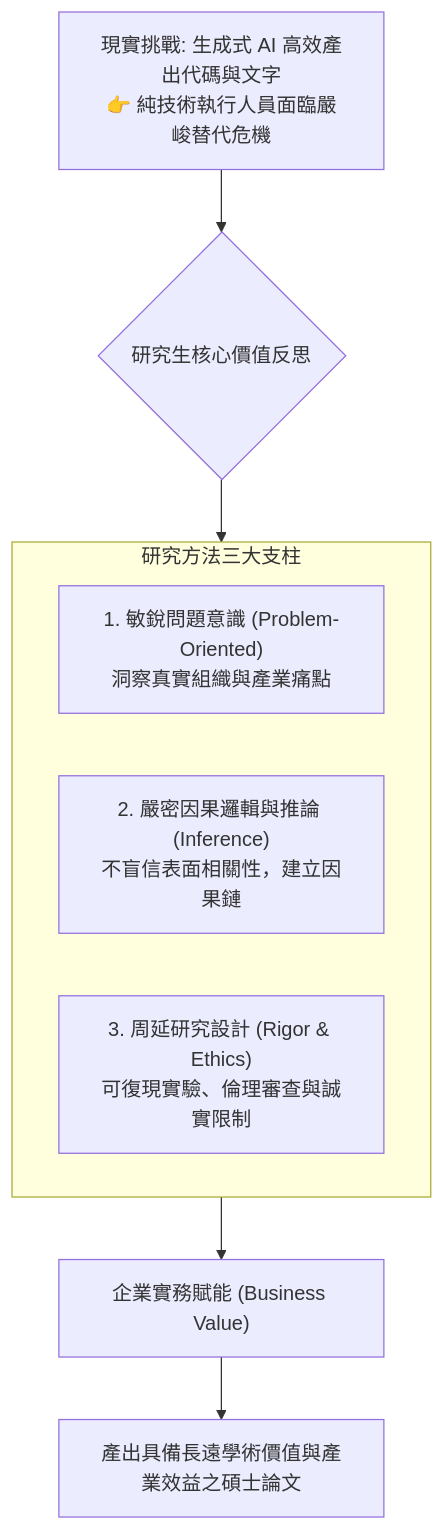
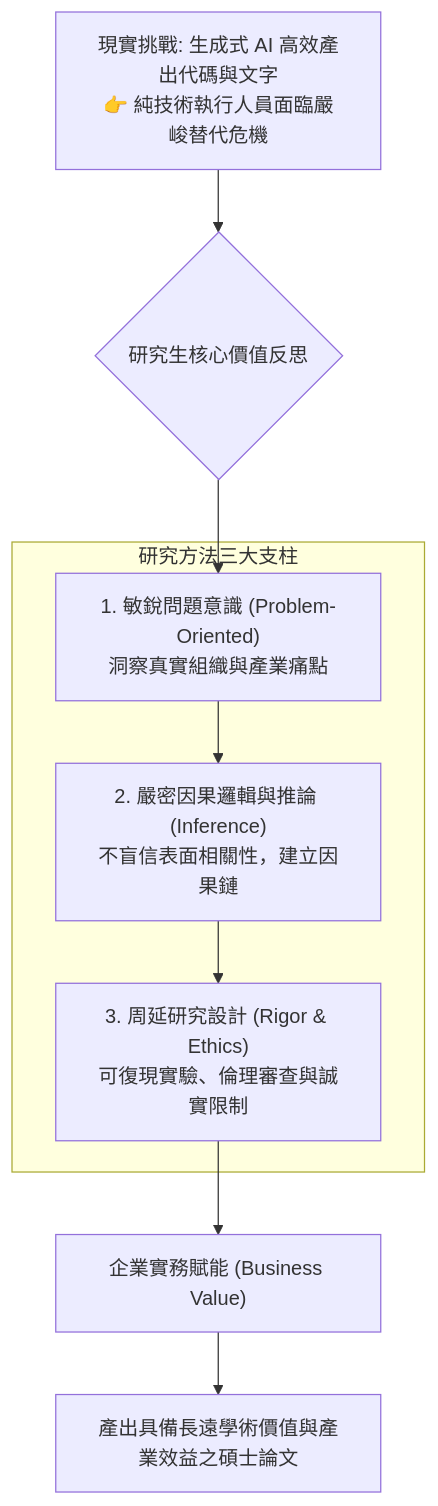
Before and after one commit to Youchenjiang/kb-records: the diagram in 5-Master/1-First-Year/Spring-Semester/ResearchMethodology/20260225-研究方法-01-課程導論與研究動機.md, drawn with Mermaid. The commit also changed 15 other files, not shown here.

Commit message:
feat(linter): add mermaid, simplified chinese, and asr guards

````diff
--- a/5-Master/1-First-Year/Spring-Semester/ResearchMethodology/20260225-研究方法-01-課程導論與研究動機.md
+++ b/5-Master/1-First-Year/Spring-Semester/ResearchMethodology/20260225-研究方法-01-課程導論與研究動機.md
@@ -23,15 +23,16 @@
 ```mermaid
 flowchart TD
     Reality["現實挑戰: 生成式 AI 高效產出代碼與文字<br/>👉 純技術執行人員面臨嚴峻替代危機"] --> Reflection{"研究生核心價值反思"}
     
-    Reflection --> CoreValue["學術研究方法論的核心素養"]
+    Reflection --> Problem
     
-    subgraph CoreValue["研究方法三大支柱"]
+    subgraph CoreValueGroup["研究方法三大支柱"]
         Problem["1. 敏銳問題意識 (Problem-Oriented)<br/>洞察真實組織與產業痛點"]
         Logic["2. 嚴密因果邏輯與推論 (Inference)<br/>不盲信表面相關性，建立因果鏈"]
         Rigor["3. 周延研究設計 (Rigor & Ethics)<br/>可復現實驗、倫理審查與誠實限制"]
+        Problem --> Logic --> Rigor
     end
 
-    CoreValue --> Solution["企業實務賦能 (Business Value)"]
+    Rigor --> Solution["企業實務賦能 (Business Value)"]
     Solution --> Output["產出具備長遠學術價值與產業效益之碩士論文"]
 ```
````
